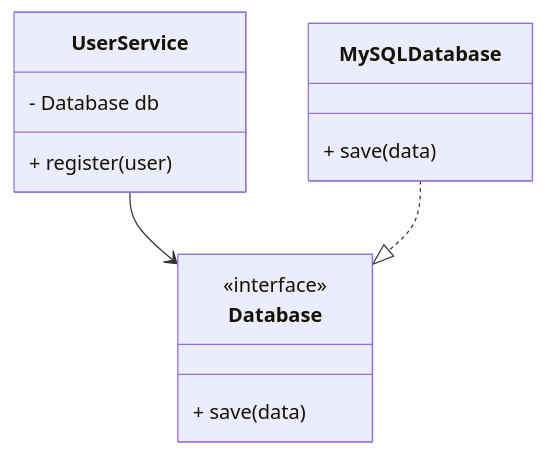
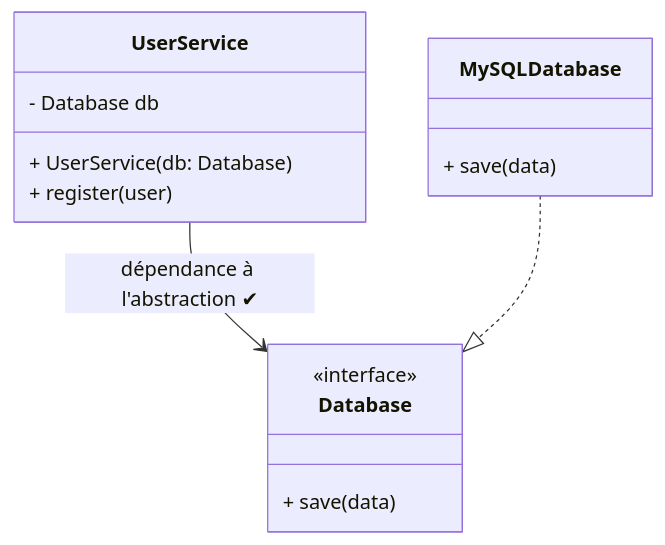
One commit to hrhouma1/Programmation-objet-2 changed the second of 10 diagrams in 06-PARTIE4-JAVA/2.md. Above: the diagram before and after it, drawn with Mermaid. The commit also changed other lines of this file, not shown here.

````diff
--- a/06-PARTIE4-JAVA/2.md
+++ b/06-PARTIE4-JAVA/2.md
@@ -188,16 +151,18 @@
 ```mermaid
 classDiagram
     class UserService {
-        - Database db
-        + register(user)
+      - Database db
+      + UserService(db: Database)
+      + register(user)
     }
     class Database {
-        <<interface>>
-        + save(data)
+      <<interface>>
+      + save(data)
     }
     class MySQLDatabase {
-        + save(data)
+      + save(data)
     }
-    UserService --> Database
+
+    UserService --> Database : dépendance à l'abstraction ✔
     MySQLDatabase ..|> Database
 ```
````
